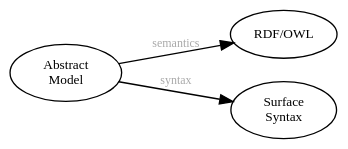
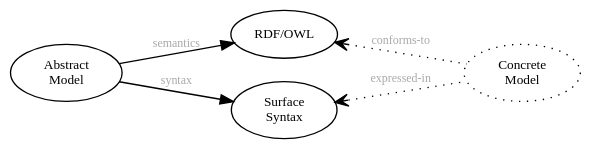
Before and after one commit to sdm-lang/tree-sitter-sdml: the first of 3 diagrams in docs/sdml.org, drawn with Graphviz. The commit also changed other lines of this file and 2 other files, not shown here.

```diff
--- a/docs/sdml.org
+++ b/docs/sdml.org
@@ -25,18 +29,19 @@
 #+BEGIN_SRC dot :file sdml-overview.png :exports results
 digraph G {
   bgcolor="transparent";
   rankdir="LR";
   node [fontsize=10];
   edge [fontsize=9; fontcolor=darkgrey];
   
   abstract [shape=ellipse; label="Abstract\nModel"];
 
   rdf [shape=ellipse; label="RDF/OWL"];
+  sdml [shape=ellipse; label="Surface\nSyntax"];  
+  abstract -> rdf [label="semantics"];  
+  abstract -> sdml [label="syntax"];
 
-  abstract -> rdf [label="semantics"];
-  
-  sdml [shape=ellipse; label="Surface\nSyntax"];
-
-  abstract -> sdml [label="syntax"];
+  concrete [shape=ellipse; style=dotted; label="Concrete\nModel"];
+  rdf -> concrete [arrowtail=open; dir=back; style=dotted; label="conforms-to"];
+  sdml -> concrete [arrowtail=open; dir=back; style=dotted; label="expressed-in"];
 }
 #+END_SRC
```
